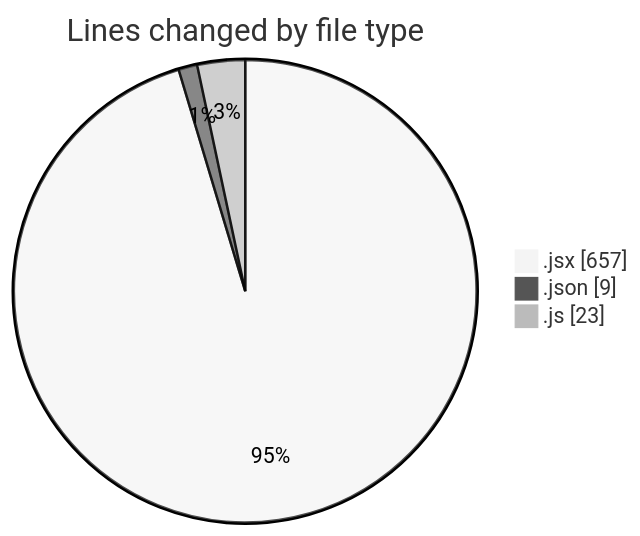
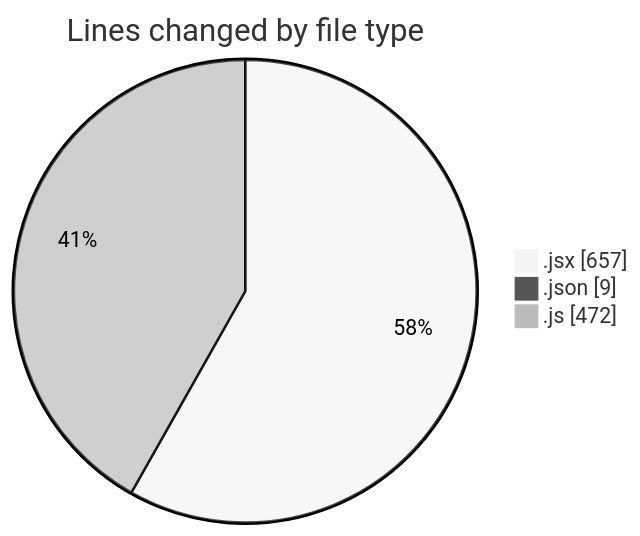
The first of 2 diagrams in 2025-07-31/nxtqube_webapp/README.md (nxtqubesakshisongat/code-tracking), drawn with Mermaid (neutral theme) before and after one commit. The commit also changed other lines of this file and 1 other file, not shown here.

````diff
--- a/2025-07-31/nxtqube_webapp/README.md
+++ b/2025-07-31/nxtqube_webapp/README.md
@@ -23,7 +25,7 @@
 ```mermaid
 pie showData
 title Lines changed by file type
 ".jsx" : 657
 ".json" : 9
-".js" : 23
+".js" : 472
 ```
````
